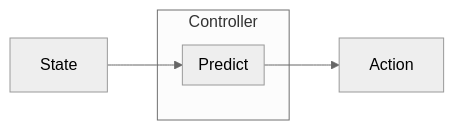
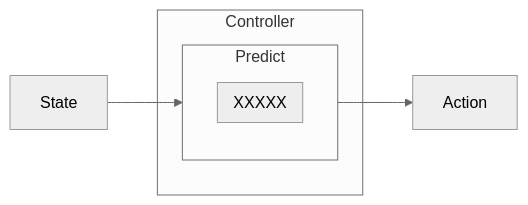
One commit to TW-Robotics/SAMYControl changed the third of 3 diagrams in README.md. Above: the diagram before and after it, drawn with Mermaid (neutral theme). The commit also changed other lines of this file, not shown here.

````diff
--- a/README.md
+++ b/README.md
@@ -37,8 +37,10 @@
 ```mermaid
 flowchart LR
   subgraph Controller
       subgraph Predict
+            subgraph XXXXX
+	    end
       end
   end
   State --> Predict --> Action
 ```
````
